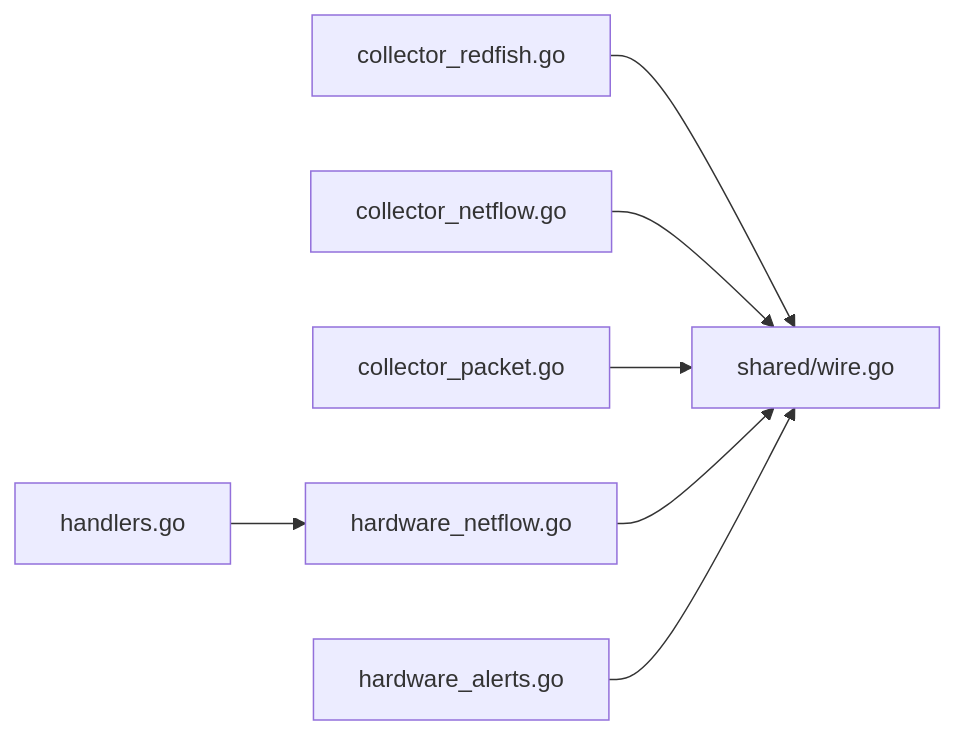
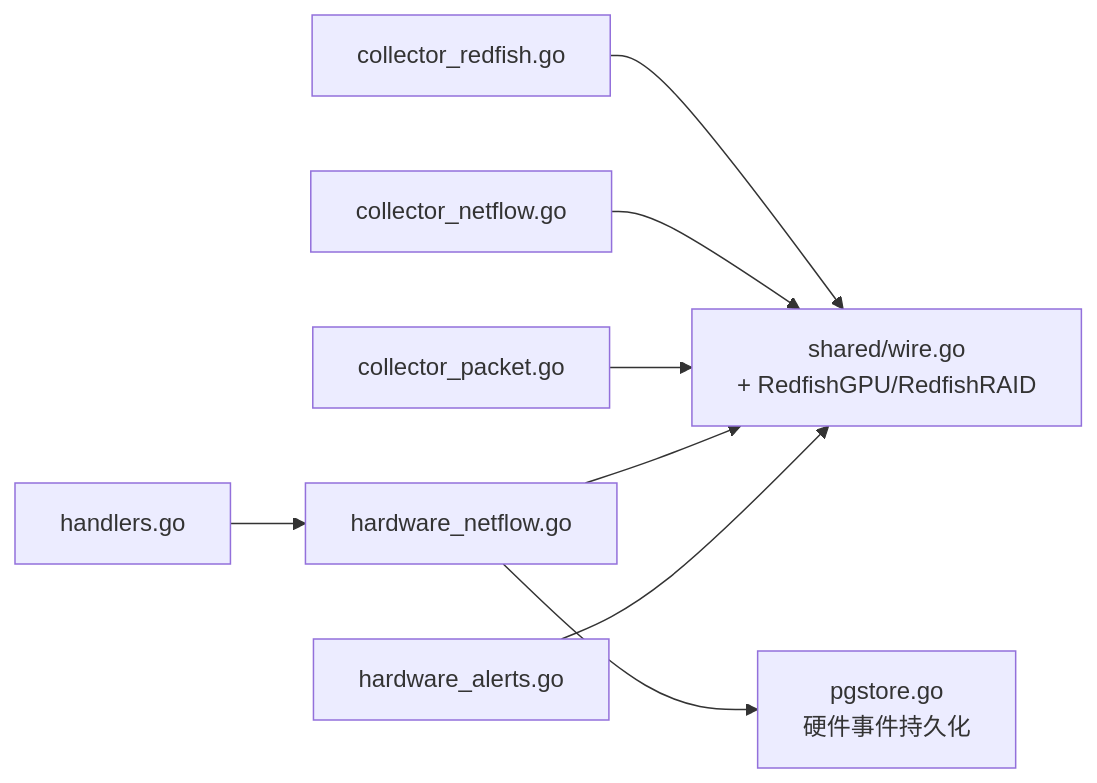
One commit to sreyun/aiops-monitor changed the eighth of 8 diagrams in .qoder/repowiki/zh/content/核心功能/告警系统/硬件告警引擎.md. Above: the diagram before and after it, drawn with Mermaid. The commit also changed other lines of this file and 38 other files, not shown here.

````diff
--- a/.qoder/repowiki/zh/content/核心功能/告警系统/硬件告警引擎.md
+++ b/.qoder/repowiki/zh/content/核心功能/告警系统/硬件告警引擎.md
@@ -327,9 +417,10 @@
 ```mermaid
 graph LR
-RF["collector_redfish.go"] --> W["shared/wire.go"]
+RF["collector_redfish.go"] --> W["shared/wire.go<br/>+ RedfishGPU/RedfishRAID"]
 NF["collector_netflow.go"] --> W
 PKT["collector_packet.go"] --> W
 H["handlers.go"] --> HN["hardware_netflow.go"]
 HN --> W
 HA["hardware_alerts.go"] --> W
+HN --> PG["pgstore.go<br/>硬件事件持久化"]
 ```
````
